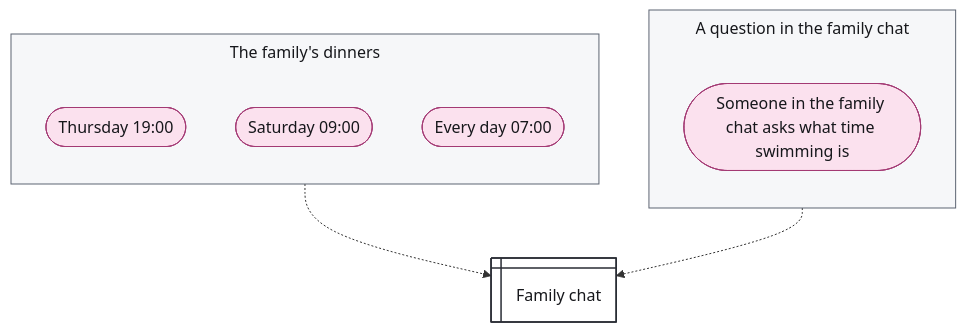
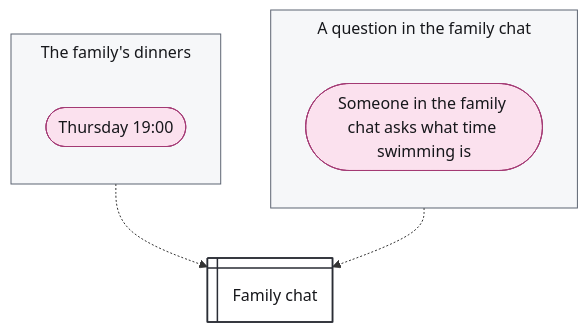
Before and after one commit to chrismdp/awml: the diagram in examples/family-map.mmd, drawn with Mermaid. The commit also changed 65 other files, not shown here.

```diff
--- a/examples/family-map.mmd
+++ b/examples/family-map.mmd
@@ -1,39 +1,37 @@
 ---
 config:
   theme: default
   fontFamily: Inter, sans-serif
   flowchart:
     useMaxWidth: false
     subGraphTitleMargin:
       top: 6
       bottom: 30
 ---
 flowchart TB
   subgraph w1["The family#39;s dinners"]
     direction TB
     w1_thu(["Thursday 19#58;00"])
-    w1_sat(["Saturday 09#58;00"])
-    w1_daily(["Every day 07#58;00"])
   end
   subgraph w2["A question in the family chat"]
     direction TB
     w2_ask(["Someone in the family chat asks what time swimming is"])
   end
   s1@{ shape: win-pane, label: "Family chat" }
 
   w1 -.-> s1
   w2 -.-> s1
   classDef trig fill:#fbe1ee,stroke:#a33a74,color:#16171b
   classDef ctx fill:#e2eef9,stroke:#3d6fa3,color:#16171b
   classDef con fill:#eceef2,stroke:#5d6472,color:#16171b
   classDef surf fill:#ffffff,stroke:#2a2d35,stroke-width:1.5px,color:#16171b
   classDef out fill:#fde4dc,stroke:#b5532f,color:#16171b
   classDef ai fill:#cdd3fb,stroke:#3b4bb0,color:#16171b
   classDef code fill:#c4e3d1,stroke:#2b7a4f,color:#16171b
   classDef person fill:#f7d79a,stroke:#9a6100,color:#16171b
   classDef uml fill:#16171b,stroke:#16171b,color:#16171b
   classDef gap fill:#ffffff,stroke:#8a93a3,stroke-dasharray:4 3,color:#6b7280
-  class w1_thu,w1_sat,w1_daily,w2_ask trig
+  class w1_thu,w2_ask trig
   class s1 surf
   style w1 fill:#f6f7f9,stroke:#5d6472,color:#16171b
   style w2 fill:#f6f7f9,stroke:#5d6472,color:#16171b
```
